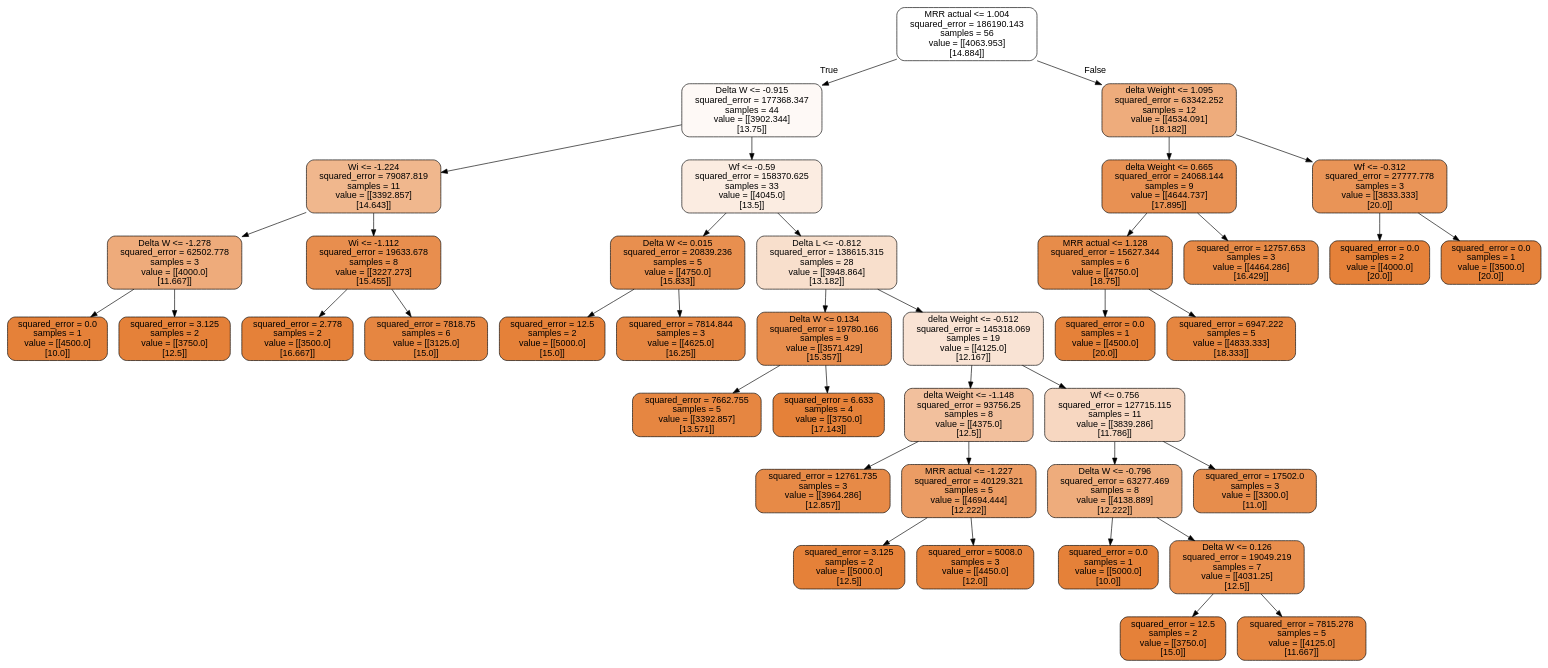
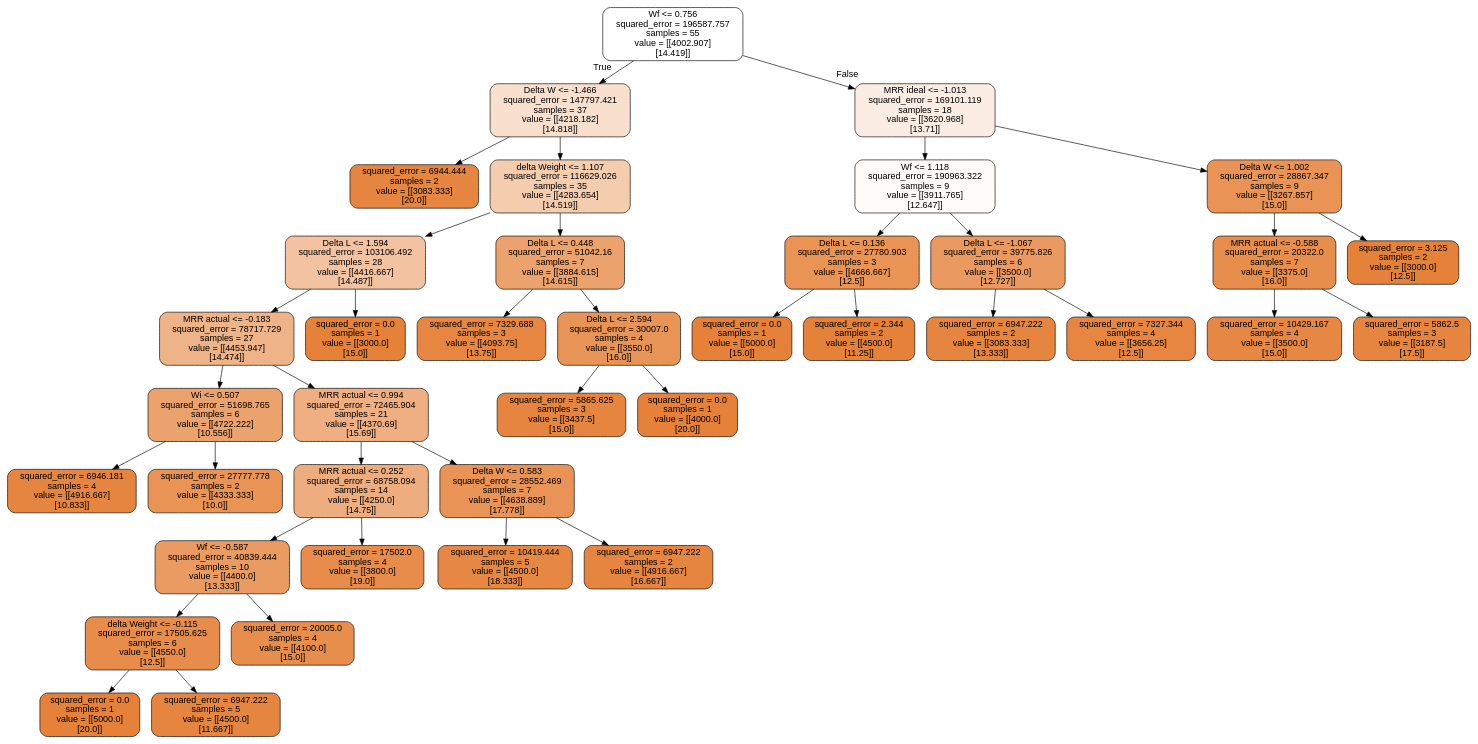
The diagram in tree.dot (VardanMittal/Micromilling_process_optimisation), drawn with Graphviz before and after one commit. The commit also changed 6 other files, not shown here.

```diff
--- a/tree.dot
+++ b/tree.dot
@@ -1,81 +1,81 @@
 digraph Tree {
 node [shape=box, style="filled, rounded", color="black", fontname="helvetica"] ;
 edge [fontname="helvetica"] ;
-0 [label="MRR actual <= 1.004\nsquared_error = 186190.143\nsamples = 56\nvalue = [[4063.953]\n[14.884]]", fillcolor="#ffffff"] ;
-1 [label="Delta W <= -0.915\nsquared_error = 177368.347\nsamples = 44\nvalue = [[3902.344]\n[13.75]]", fillcolor="#fef9f6"] ;
+0 [label="Wf <= 0.756\nsquared_error = 196587.757\nsamples = 55\nvalue = [[4002.907]\n[14.419]]", fillcolor="#ffffff"] ;
+1 [label="Delta W <= -1.466\nsquared_error = 147797.421\nsamples = 37\nvalue = [[4218.182]\n[14.818]]", fillcolor="#f9e0ce"] ;
 0 -> 1 [labeldistance=2.5, labelangle=45, headlabel="True"] ;
-3 [label="Wi <= -1.224\nsquared_error = 79087.819\nsamples = 11\nvalue = [[3392.857]\n[14.643]]", fillcolor="#f0b78d"] ;
+3 [label="squared_error = 6944.444\nsamples = 2\nvalue = [[3083.333]\n[20.0]]", fillcolor="#e68540"] ;
 1 -> 3 ;
-17 [label="Delta W <= -1.278\nsquared_error = 62502.778\nsamples = 3\nvalue = [[4000.0]\n[11.667]]", fillcolor="#eeab7b"] ;
-3 -> 17 ;
-25 [label="squared_error = 0.0\nsamples = 1\nvalue = [[4500.0]\n[10.0]]", fillcolor="#e58139"] ;
-17 -> 25 ;
-26 [label="squared_error = 3.125\nsamples = 2\nvalue = [[3750.0]\n[12.5]]", fillcolor="#e58139"] ;
-17 -> 26 ;
-18 [label="Wi <= -1.112\nsquared_error = 19633.678\nsamples = 8\nvalue = [[3227.273]\n[15.455]]", fillcolor="#e88e4e"] ;
-3 -> 18 ;
-29 [label="squared_error = 2.778\nsamples = 2\nvalue = [[3500.0]\n[16.667]]", fillcolor="#e58139"] ;
+4 [label="delta Weight <= 1.107\nsquared_error = 116629.026\nsamples = 35\nvalue = [[4283.654]\n[14.519]]", fillcolor="#f4ccae"] ;
+1 -> 4 ;
+9 [label="Delta L <= 1.594\nsquared_error = 103106.492\nsamples = 28\nvalue = [[4416.667]\n[14.487]]", fillcolor="#f3c3a1"] ;
+4 -> 9 ;
+11 [label="MRR actual <= -0.183\nsquared_error = 78717.729\nsamples = 27\nvalue = [[4453.947]\n[14.474]]", fillcolor="#efb388"] ;
+9 -> 11 ;
+15 [label="Wi <= 0.507\nsquared_error = 51698.765\nsamples = 6\nvalue = [[4722.222]\n[10.556]]", fillcolor="#eca26d"] ;
+11 -> 15 ;
+23 [label="squared_error = 6946.181\nsamples = 4\nvalue = [[4916.667]\n[10.833]]", fillcolor="#e68540"] ;
+15 -> 23 ;
+24 [label="squared_error = 27777.778\nsamples = 2\nvalue = [[4333.333]\n[10.0]]", fillcolor="#e99355"] ;
+15 -> 24 ;
+16 [label="MRR actual <= 0.994\nsquared_error = 72465.904\nsamples = 21\nvalue = [[4370.69]\n[15.69]]", fillcolor="#efaf82"] ;
+11 -> 16 ;
+17 [label="MRR actual <= 0.252\nsquared_error = 68758.094\nsamples = 14\nvalue = [[4250.0]\n[14.75]]", fillcolor="#eead7e"] ;
+16 -> 17 ;
+19 [label="Wf <= -0.587\nsquared_error = 40839.444\nsamples = 10\nvalue = [[4400.0]\n[13.333]]", fillcolor="#ea9b62"] ;
+17 -> 19 ;
+25 [label="delta Weight <= -0.115\nsquared_error = 17505.625\nsamples = 6\nvalue = [[4550.0]\n[12.5]]", fillcolor="#e78c4b"] ;
+19 -> 25 ;
+37 [label="squared_error = 0.0\nsamples = 1\nvalue = [[5000.0]\n[20.0]]", fillcolor="#e58139"] ;
+25 -> 37 ;
+38 [label="squared_error = 6947.222\nsamples = 5\nvalue = [[4500.0]\n[11.667]]", fillcolor="#e68540"] ;
+25 -> 38 ;
+26 [label="squared_error = 20005.0\nsamples = 4\nvalue = [[4100.0]\n[15.0]]", fillcolor="#e88e4d"] ;
+19 -> 26 ;
+20 [label="squared_error = 17502.0\nsamples = 4\nvalue = [[3800.0]\n[19.0]]", fillcolor="#e78c4b"] ;
+17 -> 20 ;
+18 [label="Delta W <= 0.583\nsquared_error = 28552.469\nsamples = 7\nvalue = [[4638.889]\n[17.778]]", fillcolor="#e99356"] ;
+16 -> 18 ;
+29 [label="squared_error = 10419.444\nsamples = 5\nvalue = [[4500.0]\n[18.333]]", fillcolor="#e68843"] ;
 18 -> 29 ;
-30 [label="squared_error = 7818.75\nsamples = 6\nvalue = [[3125.0]\n[15.0]]", fillcolor="#e68641"] ;
+30 [label="squared_error = 6947.222\nsamples = 2\nvalue = [[4916.667]\n[16.667]]", fillcolor="#e68540"] ;
 18 -> 30 ;
-4 [label="Wf <= -0.59\nsquared_error = 158370.625\nsamples = 33\nvalue = [[4045.0]\n[13.5]]", fillcolor="#fbece1"] ;
-1 -> 4 ;
-5 [label="Delta W <= 0.015\nsquared_error = 20839.236\nsamples = 5\nvalue = [[4750.0]\n[15.833]]", fillcolor="#e88f4f"] ;
-4 -> 5 ;
-35 [label="squared_error = 12.5\nsamples = 2\nvalue = [[5000.0]\n[15.0]]", fillcolor="#e58139"] ;
-5 -> 35 ;
-36 [label="squared_error = 7814.844\nsamples = 3\nvalue = [[4625.0]\n[16.25]]", fillcolor="#e68641"] ;
-5 -> 36 ;
-6 [label="Delta L <= -0.812\nsquared_error = 138615.315\nsamples = 28\nvalue = [[3948.864]\n[13.182]]", fillcolor="#f8dfcc"] ;
-4 -> 6 ;
-7 [label="Delta W <= 0.134\nsquared_error = 19780.166\nsamples = 9\nvalue = [[3571.429]\n[15.357]]", fillcolor="#e88e4e"] ;
-6 -> 7 ;
-23 [label="squared_error = 7662.755\nsamples = 5\nvalue = [[3392.857]\n[13.571]]", fillcolor="#e68641"] ;
-7 -> 23 ;
-24 [label="squared_error = 6.633\nsamples = 4\nvalue = [[3750.0]\n[17.143]]", fillcolor="#e58139"] ;
-7 -> 24 ;
-8 [label="delta Weight <= -0.512\nsquared_error = 145318.069\nsamples = 19\nvalue = [[4125.0]\n[12.167]]", fillcolor="#f9e3d4"] ;
-6 -> 8 ;
-9 [label="delta Weight <= -1.148\nsquared_error = 93756.25\nsamples = 8\nvalue = [[4375.0]\n[12.5]]", fillcolor="#f2c09d"] ;
-8 -> 9 ;
-13 [label="squared_error = 12761.735\nsamples = 3\nvalue = [[3964.286]\n[12.857]]", fillcolor="#e78a47"] ;
-9 -> 13 ;
-14 [label="MRR actual <= -1.227\nsquared_error = 40129.321\nsamples = 5\nvalue = [[4694.444]\n[12.222]]", fillcolor="#eb9c64"] ;
-9 -> 14 ;
-21 [label="squared_error = 3.125\nsamples = 2\nvalue = [[5000.0]\n[12.5]]", fillcolor="#e58139"] ;
-14 -> 21 ;
-22 [label="squared_error = 5008.0\nsamples = 3\nvalue = [[4450.0]\n[12.0]]", fillcolor="#e6843e"] ;
-14 -> 22 ;
-10 [label="Wf <= 0.756\nsquared_error = 127715.115\nsamples = 11\nvalue = [[3839.286]\n[11.786]]", fillcolor="#f7d7c1"] ;
-8 -> 10 ;
-11 [label="Delta W <= -0.796\nsquared_error = 63277.469\nsamples = 8\nvalue = [[4138.889]\n[12.222]]", fillcolor="#eeac7c"] ;
-10 -> 11 ;
-19 [label="squared_error = 0.0\nsamples = 1\nvalue = [[5000.0]\n[10.0]]", fillcolor="#e58139"] ;
-11 -> 19 ;
-20 [label="Delta W <= 0.126\nsquared_error = 19049.219\nsamples = 7\nvalue = [[4031.25]\n[12.5]]", fillcolor="#e88e4d"] ;
-11 -> 20 ;
-33 [label="squared_error = 12.5\nsamples = 2\nvalue = [[3750.0]\n[15.0]]", fillcolor="#e58139"] ;
-20 -> 33 ;
-34 [label="squared_error = 7815.278\nsamples = 5\nvalue = [[4125.0]\n[11.667]]", fillcolor="#e68641"] ;
-20 -> 34 ;
-12 [label="squared_error = 17502.0\nsamples = 3\nvalue = [[3300.0]\n[11.0]]", fillcolor="#e78d4c"] ;
-10 -> 12 ;
-2 [label="delta Weight <= 1.095\nsquared_error = 63342.252\nsamples = 12\nvalue = [[4534.091]\n[18.182]]", fillcolor="#eeac7c"] ;
+12 [label="squared_error = 0.0\nsamples = 1\nvalue = [[3000.0]\n[15.0]]", fillcolor="#e58139"] ;
+9 -> 12 ;
+10 [label="Delta L <= 0.448\nsquared_error = 51042.16\nsamples = 7\nvalue = [[3884.615]\n[14.615]]", fillcolor="#eca26c"] ;
+4 -> 10 ;
+13 [label="squared_error = 7329.688\nsamples = 3\nvalue = [[4093.75]\n[13.75]]", fillcolor="#e68640"] ;
+10 -> 13 ;
+14 [label="Delta L <= 2.594\nsquared_error = 30007.0\nsamples = 4\nvalue = [[3550.0]\n[16.0]]", fillcolor="#e99457"] ;
+10 -> 14 ;
+33 [label="squared_error = 5865.625\nsamples = 3\nvalue = [[3437.5]\n[15.0]]", fillcolor="#e6853f"] ;
+14 -> 33 ;
+34 [label="squared_error = 0.0\nsamples = 1\nvalue = [[4000.0]\n[20.0]]", fillcolor="#e58139"] ;
+14 -> 34 ;
+2 [label="MRR ideal <= -1.013\nsquared_error = 169101.119\nsamples = 18\nvalue = [[3620.968]\n[13.71]]", fillcolor="#fbede3"] ;
 0 -> 2 [labeldistance=2.5, labelangle=-45, headlabel="False"] ;
-15 [label="delta Weight <= 0.665\nsquared_error = 24068.144\nsamples = 9\nvalue = [[4644.737]\n[17.895]]", fillcolor="#e89153"] ;
-2 -> 15 ;
-27 [label="MRR actual <= 1.128\nsquared_error = 15627.344\nsamples = 6\nvalue = [[4750.0]\n[18.75]]", fillcolor="#e78c4a"] ;
-15 -> 27 ;
-31 [label="squared_error = 0.0\nsamples = 1\nvalue = [[4500.0]\n[20.0]]", fillcolor="#e58139"] ;
-27 -> 31 ;
-32 [label="squared_error = 6947.222\nsamples = 5\nvalue = [[4833.333]\n[18.333]]", fillcolor="#e68640"] ;
-27 -> 32 ;
-28 [label="squared_error = 12757.653\nsamples = 3\nvalue = [[4464.286]\n[16.429]]", fillcolor="#e78a47"] ;
-15 -> 28 ;
-16 [label="Wf <= -0.312\nsquared_error = 27777.778\nsamples = 3\nvalue = [[3833.333]\n[20.0]]", fillcolor="#e99457"] ;
-2 -> 16 ;
-37 [label="squared_error = 0.0\nsamples = 2\nvalue = [[4000.0]\n[20.0]]", fillcolor="#e58139"] ;
-16 -> 37 ;
-38 [label="squared_error = 0.0\nsamples = 1\nvalue = [[3500.0]\n[20.0]]", fillcolor="#e58139"] ;
-16 -> 38 ;
+5 [label="Wf <= 1.118\nsquared_error = 190963.322\nsamples = 9\nvalue = [[3911.765]\n[12.647]]", fillcolor="#fefbf9"] ;
+2 -> 5 ;
+7 [label="Delta L <= 0.136\nsquared_error = 27780.903\nsamples = 3\nvalue = [[4666.667]\n[12.5]]", fillcolor="#e99355"] ;
+5 -> 7 ;
+31 [label="squared_error = 0.0\nsamples = 1\nvalue = [[5000.0]\n[15.0]]", fillcolor="#e58139"] ;
+7 -> 31 ;
+32 [label="squared_error = 2.344\nsamples = 2\nvalue = [[4500.0]\n[11.25]]", fillcolor="#e58139"] ;
+7 -> 32 ;
+8 [label="Delta L <= -1.067\nsquared_error = 39775.826\nsamples = 6\nvalue = [[3500.0]\n[12.727]]", fillcolor="#ea9a61"] ;
+5 -> 8 ;
+21 [label="squared_error = 6947.222\nsamples = 2\nvalue = [[3083.333]\n[13.333]]", fillcolor="#e68540"] ;
+8 -> 21 ;
+22 [label="squared_error = 7327.344\nsamples = 4\nvalue = [[3656.25]\n[12.5]]", fillcolor="#e68640"] ;
+8 -> 22 ;
+6 [label="Delta W <= 1.002\nsquared_error = 28867.347\nsamples = 9\nvalue = [[3267.857]\n[15.0]]", fillcolor="#e99456"] ;
+2 -> 6 ;
+27 [label="MRR actual <= -0.588\nsquared_error = 20322.0\nsamples = 7\nvalue = [[3375.0]\n[16.0]]", fillcolor="#e88e4d"] ;
+6 -> 27 ;
+35 [label="squared_error = 10429.167\nsamples = 4\nvalue = [[3500.0]\n[15.0]]", fillcolor="#e68844"] ;
+27 -> 35 ;
+36 [label="squared_error = 5862.5\nsamples = 3\nvalue = [[3187.5]\n[17.5]]", fillcolor="#e6853f"] ;
+27 -> 36 ;
+28 [label="squared_error = 3.125\nsamples = 2\nvalue = [[3000.0]\n[12.5]]", fillcolor="#e58139"] ;
+6 -> 28 ;
 }
```
